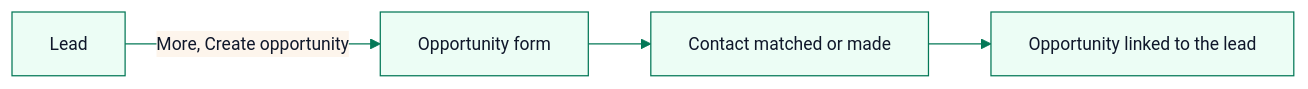
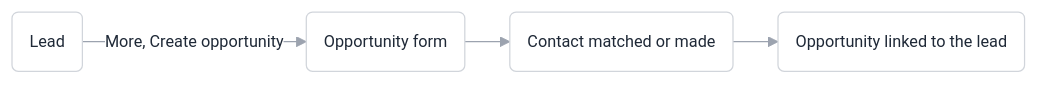
One commit to BharathVasireddy/marro-docs changed the diagram in guides/pipelines.mdx. Above: the diagram before and after it, drawn with Mermaid. The commit also changed other lines of this file and 95 other files, not shown here.

First line of the commit message:
One guide per settings screen, in the Settings menu's order, with diagrams only where they are needed

````diff
--- a/guides/pipelines.mdx
+++ b/guides/pipelines.mdx
@@ -51,7 +52,7 @@
 ```mermaid
-%%{init: {'theme':'base','themeVariables':{'primaryColor':'#ecfdf5','primaryBorderColor':'#047857','primaryTextColor':'#0f172a','lineColor':'#047857','fontSize':'14px'}}}%%
+%%{init: {'theme':'base','flowchart':{'curve':'basis','padding':14,'nodeSpacing':28,'rankSpacing':36},'themeVariables':{'primaryColor':'#ffffff','primaryBorderColor':'#d1d5db','primaryTextColor':'#1f2937','lineColor':'#9ca3af','fontFamily':'Inter, ui-sans-serif, sans-serif','fontSize':'13px','edgeLabelBackground':'#ffffff'}}}%%
 flowchart LR
-  A[Lead] -- More, Create opportunity --> B[Opportunity form]
-  B --> C[Contact matched or made]
-  C --> D[Opportunity linked to the lead]
+  A(Lead) -- More, Create opportunity --> B(Opportunity form)
+  B --> C(Contact matched or made)
+  C --> D(Opportunity linked to the lead)
 ```
````
